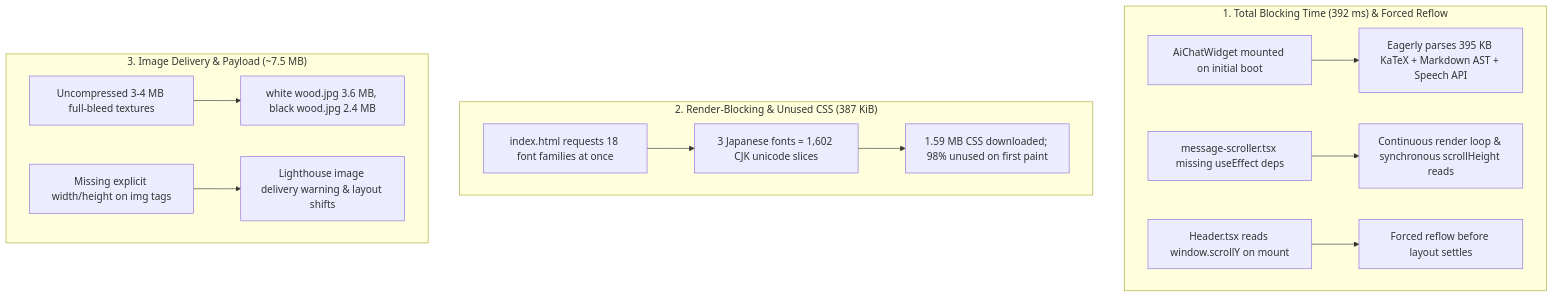
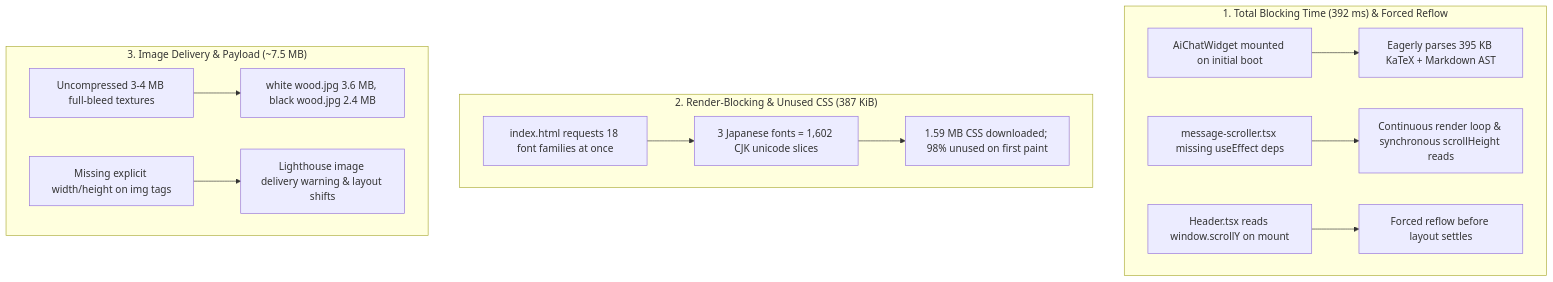
Before and after one commit to VincentYuann/portfolio: the diagram in PROBLEMS.md, drawn with Mermaid. The commit also changed other lines of this file and 5 other files, not shown here.

Commit message:
refactor(chat): remove speech-to-text mic functionality and dependencies

````diff
--- a/PROBLEMS.md
+++ b/PROBLEMS.md
@@ -9,18 +9,18 @@
 ```mermaid
 flowchart TD
     subgraph TBT["1. Total Blocking Time (392 ms) & Forced Reflow"]
-        A[AiChatWidget mounted on initial boot] --> B[Eagerly parses 395 KB KaTeX + Markdown AST + Speech API]
+        A[AiChatWidget mounted on initial boot] --> B[Eagerly parses 395 KB KaTeX + Markdown AST]
         C[message-scroller.tsx missing useEffect deps] --> D[Continuous render loop & synchronous scrollHeight reads]
         E[Header.tsx reads window.scrollY on mount] --> F[Forced reflow before layout settles]
     end
 
     subgraph Fonts["2. Render-Blocking & Unused CSS (387 KiB)"]
         G[index.html requests 18 font families at once] --> H[3 Japanese fonts = 1,602 CJK unicode slices]
         H --> I[1.59 MB CSS downloaded; 98% unused on first paint]
     end
 
     subgraph Images["3. Image Delivery & Payload (~7.5 MB)"]
         J[Uncompressed 3-4 MB full-bleed textures] --> K[white wood.jpg 3.6 MB, black wood.jpg 2.4 MB]
         L[Missing explicit width/height on img tags] --> M[Lighthouse image delivery warning & layout shifts]
     end
 ```
````
